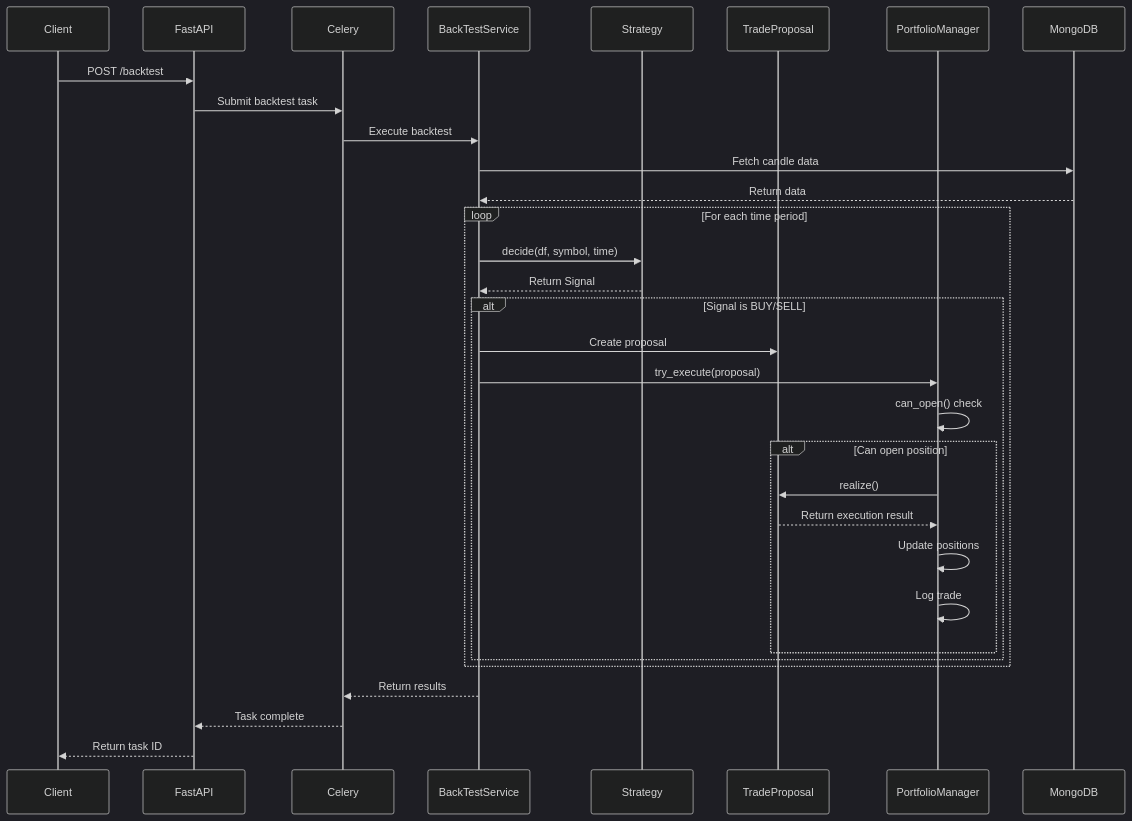
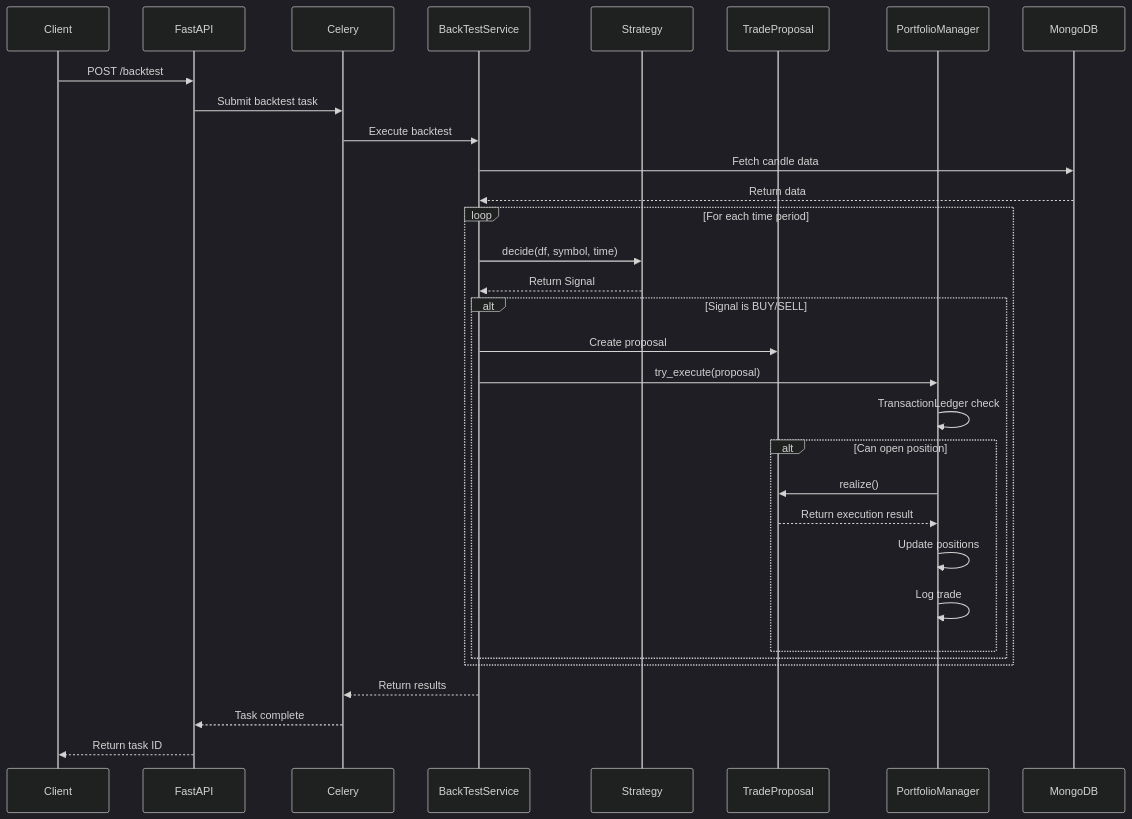
Before and after one commit to kimseunghyun-kr/binanceTradingBot: the fourth of 10 diagrams in system_architecture_diagrams.md, drawn with Mermaid (dark theme). The commit also changed 4 other files, not shown here.

Commit message:
minor refactor to bring back cash checks to be more explicit in the PortfolioManager

````diff
--- a/system_architecture_diagrams.md
+++ b/system_architecture_diagrams.md
@@ -143,39 +143,39 @@
 ```mermaid
 sequenceDiagram
     participant Client
     participant FastAPI
     participant Celery
     participant BackTestService
     participant Strategy
     participant TradeProposal
     participant PortfolioManager
     participant MongoDB
     
     Client->>FastAPI: POST /backtest
     FastAPI->>Celery: Submit backtest task
     Celery->>BackTestService: Execute backtest
     BackTestService->>MongoDB: Fetch candle data
     MongoDB-->>BackTestService: Return data
     
     loop For each time period
         BackTestService->>Strategy: decide(df, symbol, time)
         Strategy-->>BackTestService: Return Signal
         
         alt Signal is BUY/SELL
             BackTestService->>TradeProposal: Create proposal
             BackTestService->>PortfolioManager: try_execute(proposal)
-            PortfolioManager->>PortfolioManager: can_open() check
+            PortfolioManager->>PortfolioManager: TransactionLedger check
             
             alt Can open position
                 PortfolioManager->>TradeProposal: realize()
                 TradeProposal-->>PortfolioManager: Return execution result
                 PortfolioManager->>PortfolioManager: Update positions
                 PortfolioManager->>PortfolioManager: Log trade
             end
         end
     end
     
     BackTestService-->>Celery: Return results
     Celery-->>FastAPI: Task complete
     FastAPI-->>Client: Return task ID
 ```
````
